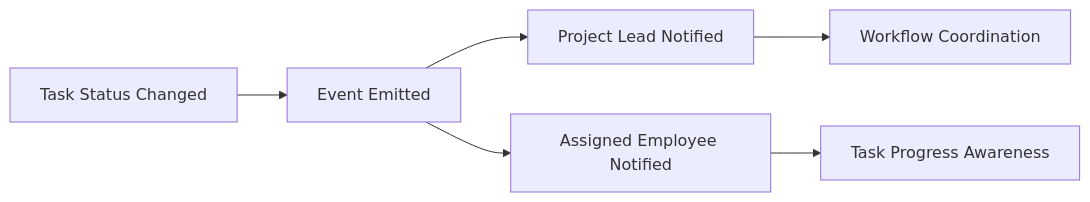
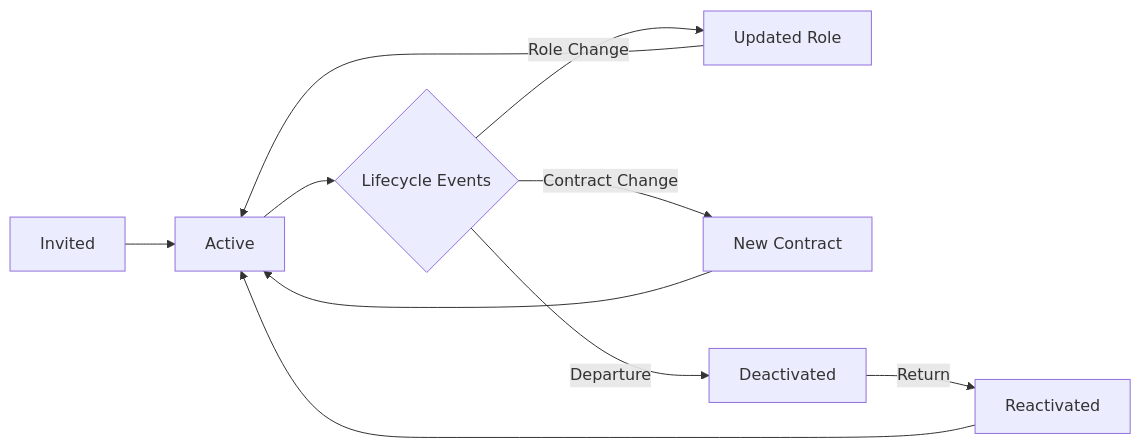
One commit to wrtnlabs/autobe-examples changed the tenth of 10 diagrams in z-ai/glm-5/erp/docs/analysis/03-functional-requirements.md. Above: the diagram before and after it, drawn with Mermaid. The commit also changed other lines of this file and 3761 other files, not shown here.

````diff
--- a/z-ai/glm-5/erp/docs/analysis/03-functional-requirements.md
+++ b/z-ai/glm-5/erp/docs/analysis/03-functional-requirements.md
@@ -3751,8 +2371,12 @@
 ```mermaid
 flowchart LR
-    A["Task Status Changed"] --> B["Event Emitted"]
-    B --> C["Project Lead Notified"]
-    B --> D["Assigned Employee Notified"]
-    C --> E["Workflow Coordination"]
-    D --> F["Task Progress Awareness"]
+    A["Invited"] --> B["Active"]
+    B --> C{"Lifecycle Events"}
+    C -->|"Role Change"| D["Updated Role"]
+    D --> B
+    C -->|"Contract Change"| E["New Contract"]
+    E --> B
+    C -->|"Departure"| F["Deactivated"]
+    F -->|"Return"| G["Reactivated"]
+    G --> B
 ```
````
